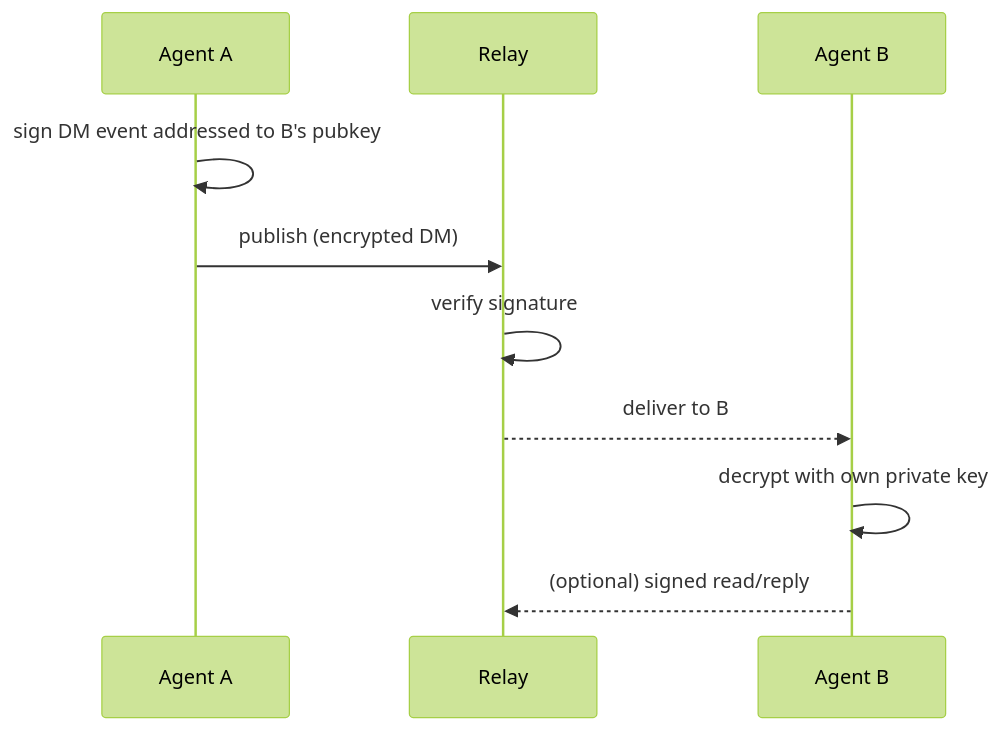
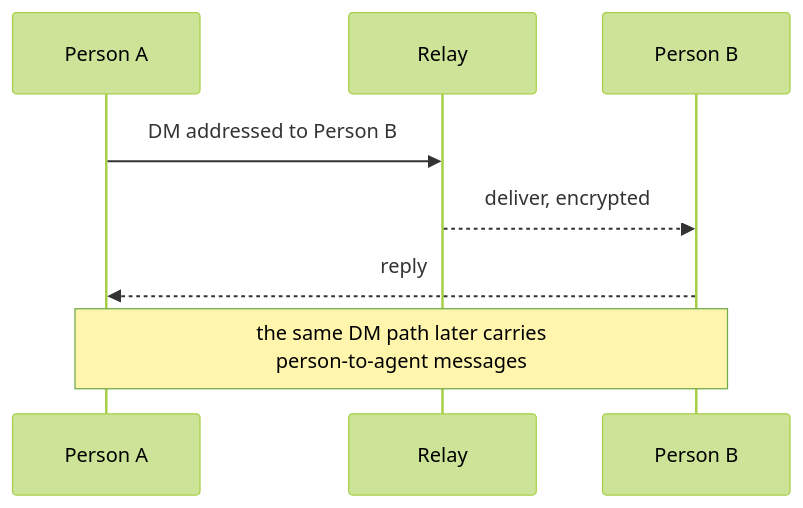
Before and after one commit to michaeloboyle/nostr-buzz-eval: the fourth of 8 diagrams in docs/sequence-diagrams.md, drawn with Mermaid (forest theme). The commit also changed other lines of this file and 1 other file, not shown here.

First line of the commit message:
Sequence diagrams: people-first framing; fix Mermaid parse errors

````diff
--- a/docs/sequence-diagrams.md
+++ b/docs/sequence-diagrams.md
@@ -53,12 +69,10 @@
 ```mermaid
 sequenceDiagram
-    participant A as Agent A
+    participant P1 as Person A
     participant R as Relay
-    participant B as Agent B
-    A->>A: sign DM event addressed to B's pubkey
-    A->>R: publish (encrypted DM)
-    R->>R: verify signature
-    R-->>B: deliver to B
-    B->>B: decrypt with own private key
-    B-->>R: (optional) signed read/reply
+    participant P2 as Person B
+    P1->>R: DM addressed to Person B
+    R-->>P2: deliver, encrypted
+    P2-->>P1: reply
+    Note over P1,P2: the same DM path later carries<br/>person-to-agent messages
 ```
````
